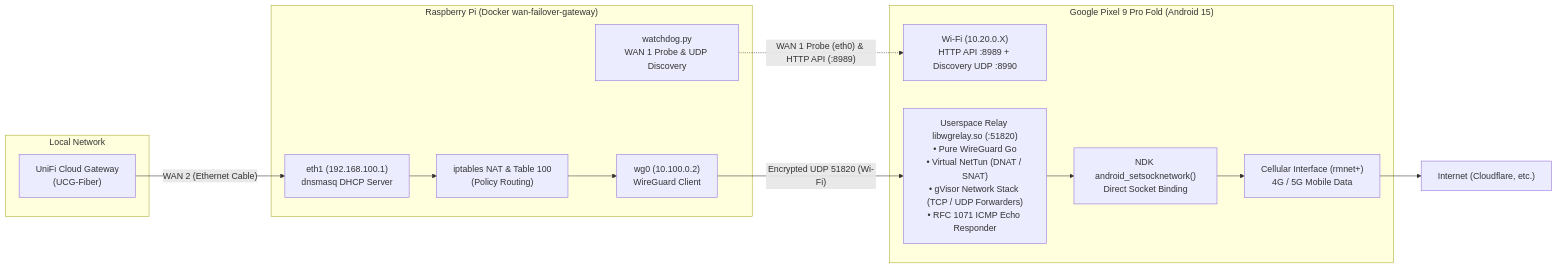
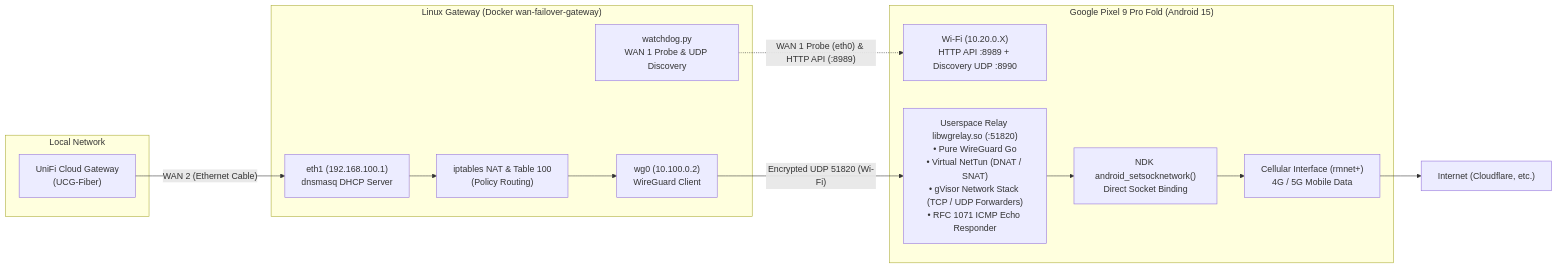
Before and after one commit to Tichael/cellular-wan-failover: the diagram in README.md, drawn with Mermaid. The commit also changed other lines of this file and 11 other files, not shown here.

````diff
--- a/README.md
+++ b/README.md
@@ -9,26 +9,26 @@
 ```mermaid
 flowchart LR
     subgraph LAN["Local Network"]
         UCG["UniFi Cloud Gateway\n(UCG-Fiber)"]
     end
 
-    subgraph Pi["Raspberry Pi (Docker wan-failover-gateway)"]
+    subgraph Gateway["Linux Gateway (Docker wan-failover-gateway)"]
         ETH1["eth1 (192.168.100.1)\ndnsmasq DHCP Server"]
         IPTABLES["iptables NAT & Table 100\n(Policy Routing)"]
         WG_CLIENT["wg0 (10.100.0.2)\nWireGuard Client"]
         WATCHDOG["watchdog.py\nWAN 1 Probe & UDP Discovery"]
     end
 
     subgraph Phone["Google Pixel 9 Pro Fold (Android 15)"]
         WIFI["Wi-Fi (10.20.0.X)\nHTTP API :8989 + Discovery UDP :8990"]
         RELAY["Userspace Relay libwgrelay.so (:51820)\n• Pure WireGuard Go\n• Virtual NetTun (DNAT / SNAT)\n• gVisor Network Stack (TCP / UDP Forwarders)\n• RFC 1071 ICMP Echo Responder"]
         NDK["NDK android_setsocknetwork()\nDirect Socket Binding"]
         CELL["Cellular Interface (rmnet+)\n4G / 5G Mobile Data"]
     end
 
     UCG -- "WAN 2 (Ethernet Cable)" --> ETH1
     ETH1 --> IPTABLES --> WG_CLIENT
     WG_CLIENT -- "Encrypted UDP 51820 (Wi-Fi)" --> RELAY
     RELAY --> NDK --> CELL --> Internet["Internet (Cloudflare, etc.)"]
     WATCHDOG -. "WAN 1 Probe (eth0) & HTTP API (:8989)" .-> WIFI
 ```
````
